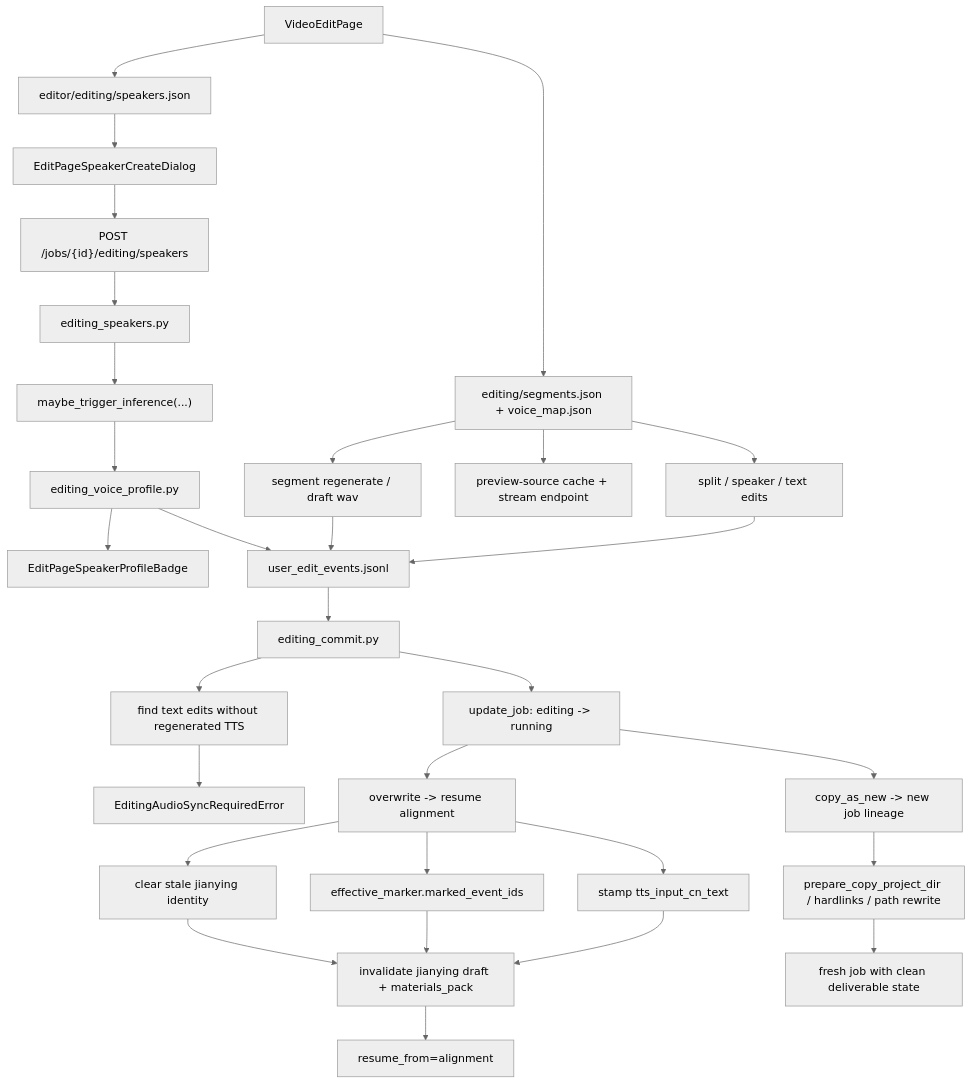
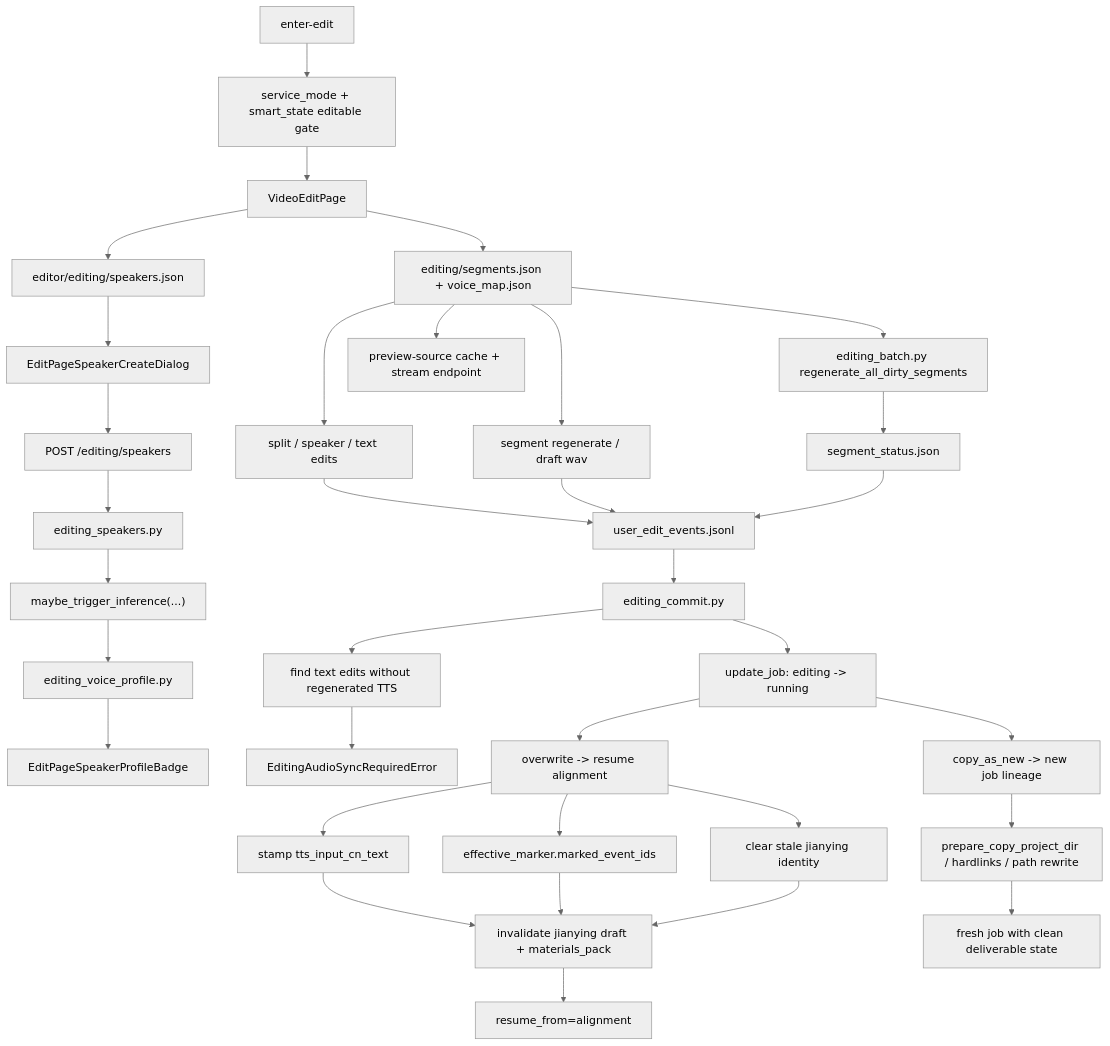
The diagram in docs/graphs/GITNEXUS_EDITING_POST_EDIT_GRAPH.md (sun9bear/AITransVideo), drawn with Mermaid (neutral theme) before and after one commit. The commit also changed other lines of this file and 12 other files, not shown here.

Commit message:
docs(graphs): refresh GitNexus graphs to d56ac1c

````diff
--- a/docs/graphs/GITNEXUS_EDITING_POST_EDIT_GRAPH.md
+++ b/docs/graphs/GITNEXUS_EDITING_POST_EDIT_GRAPH.md
@@ -18,38 +19,42 @@
 ```mermaid
 graph TD
-    EditPage["VideoEditPage"] --> Segments["editing/segments.json + voice_map.json"]
+    EditEntry["enter-edit"] --> ModeGate["service_mode + smart_state editable gate"]
+    ModeGate --> EditPage["VideoEditPage"]
+    EditPage --> Segments["editing/segments.json + voice_map.json"]
     EditPage --> Speakers["editor/editing/speakers.json"]
 
     Speakers --> CreateDialog["EditPageSpeakerCreateDialog"]
-    CreateDialog --> CreateApi["POST /jobs/{id}/editing/speakers"]
+    CreateDialog --> CreateApi["POST /editing/speakers"]
     CreateApi --> SpeakersSvc["editing_speakers.py"]
     SpeakersSvc --> ProfileKick["maybe_trigger_inference(...)"]
     ProfileKick --> ProfileJob["editing_voice_profile.py"]
     ProfileJob --> ProfileBadge["EditPageSpeakerProfileBadge"]
 
-    Segments --> DraftTTS["segment regenerate / draft wav"]
+    Segments --> SingleTTS["segment regenerate / draft wav"]
+    Segments --> BatchTTS["editing_batch.py regenerate_all_dirty_segments"]
     Segments --> PreviewSource["preview-source cache + stream endpoint"]
     Segments --> Structural["split / speaker / text edits"]
 
     Structural --> Audit["user_edit_events.jsonl"]
-    DraftTTS --> Audit
-    ProfileJob --> Audit
+    SingleTTS --> Audit
+    BatchTTS --> StatusMap["segment_status.json"]
+    StatusMap --> Audit
 
     Audit --> Commit["editing_commit.py"]
     Commit --> SyncCheck["find text edits without regenerated TTS"]
     SyncCheck --> Guard["EditingAudioSyncRequiredError"]
     Commit --> Claim["update_job: editing -> running"]
     Claim --> Overwrite["overwrite -> resume alignment"]
     Claim --> CopyNew["copy_as_new -> new job lineage"]
 
     Overwrite --> Stamp["stamp tts_input_cn_text"]
     Overwrite --> Marker["effective_marker.marked_event_ids"]
     Overwrite --> Retire["clear stale jianying identity"]
     Stamp --> Reset["invalidate jianying draft + materials_pack"]
     Marker --> Reset
     Retire --> Reset
     Reset --> Resume["resume_from=alignment"]
 
     CopyNew --> Prepare["prepare_copy_project_dir / hardlinks / path rewrite"]
     Prepare --> NewJob["fresh job with clean deliverable state"]
 ```
````
